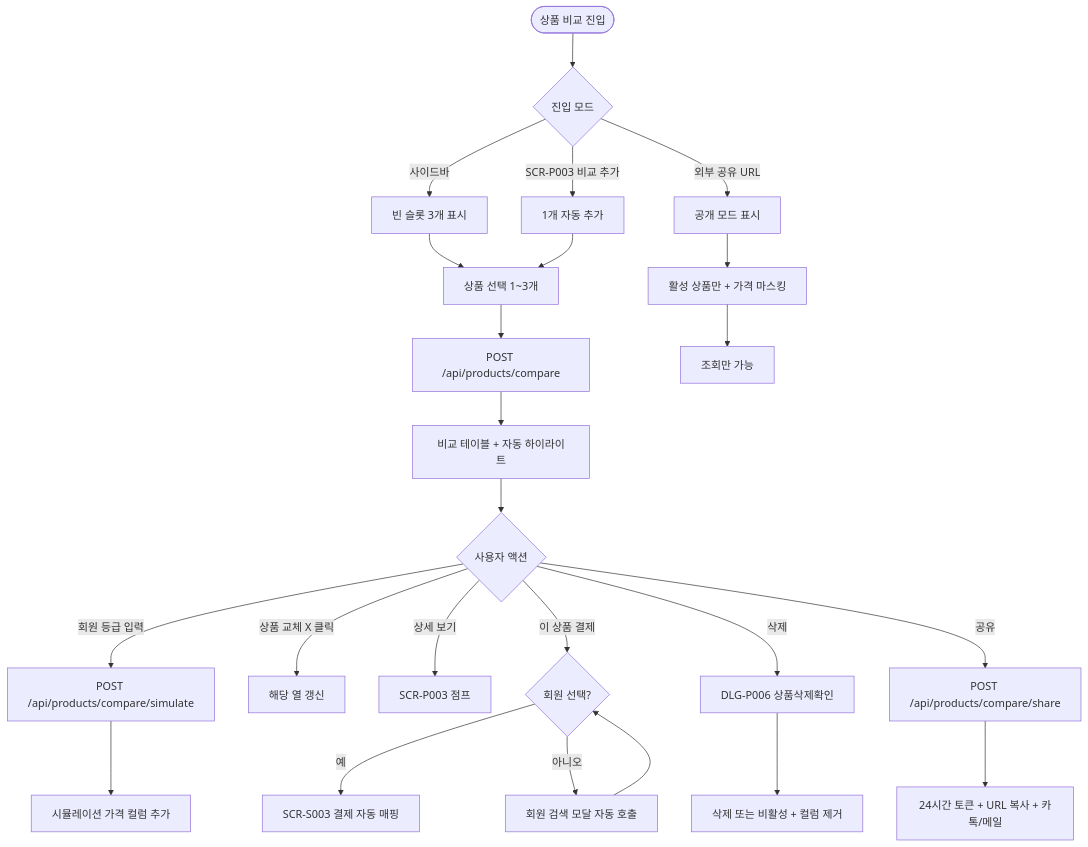
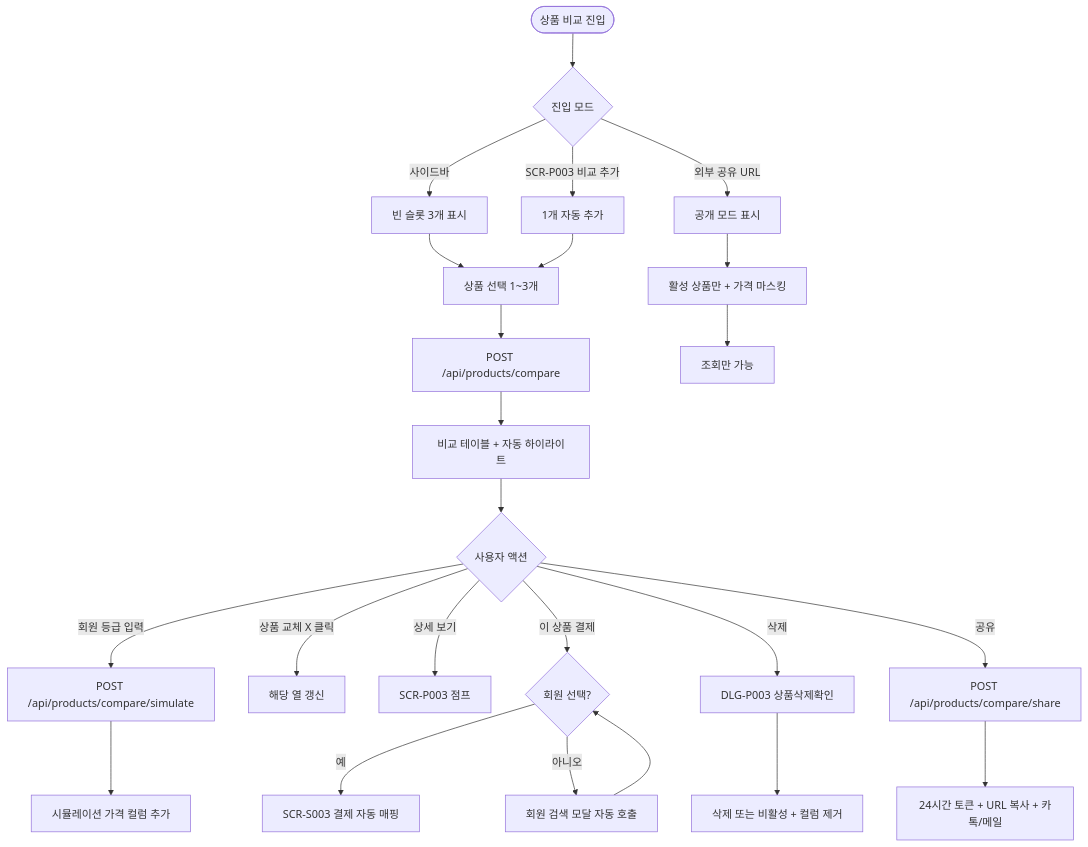
Before and after one commit to dev-spogym/admin-pando: the first of 2 diagrams in docs-domain/D05 상품관리/SCR-P006 상품비교 페이지/README.md, drawn with Mermaid. The commit also changed other lines of this file and 15 other files, not shown here.

````diff
--- a/docs-domain/D05 상품관리/SCR-P006 상품비교 페이지/README.md
+++ b/docs-domain/D05 상품관리/SCR-P006 상품비교 페이지/README.md
@@ -174,26 +174,26 @@
 ```mermaid
 flowchart TD
     A([상품 비교 진입]) --> B{진입 모드}
     B -->|사이드바| C[빈 슬롯 3개 표시]
     B -->|SCR-P003 비교 추가| D[1개 자동 추가]
     B -->|외부 공유 URL| E[공개 모드 표시]
     C --> F[상품 선택 1~3개]
     D --> F
     F --> G[POST /api/products/compare]
     G --> H[비교 테이블 + 자동 하이라이트]
     H --> I{사용자 액션}
     I -->|회원 등급 입력| J[POST /api/products/compare/simulate]
     J --> K[시뮬레이션 가격 컬럼 추가]
     I -->|상품 교체 X 클릭| L[해당 열 갱신]
     I -->|상세 보기| M[SCR-P003 점프]
     I -->|이 상품 결제| N{회원 선택?}
     N -->|예| O[SCR-S003 결제 자동 매핑]
     N -->|아니오| P[회원 검색 모달 자동 호출]
     P --> N
-    I -->|삭제| Q[DLG-P006 상품삭제확인]
+    I -->|삭제| Q[DLG-P003 상품삭제확인]
     Q --> R[삭제 또는 비활성 + 컬럼 제거]
     I -->|공유| S[POST /api/products/compare/share]
     S --> T[24시간 토큰 + URL 복사 + 카톡/메일]
     E --> U[활성 상품만 + 가격 마스킹]
     U --> V[조회만 가능]
 ```
````
